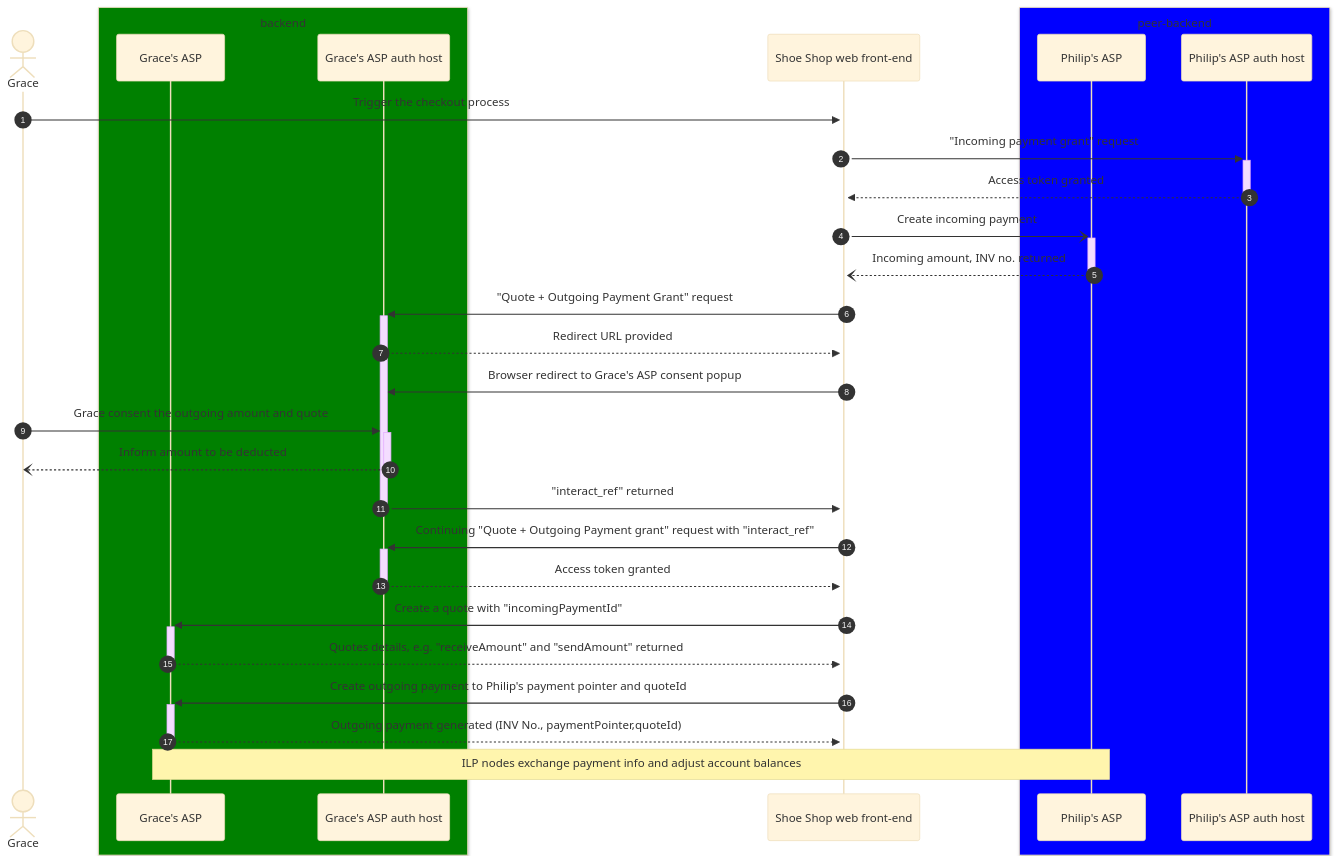
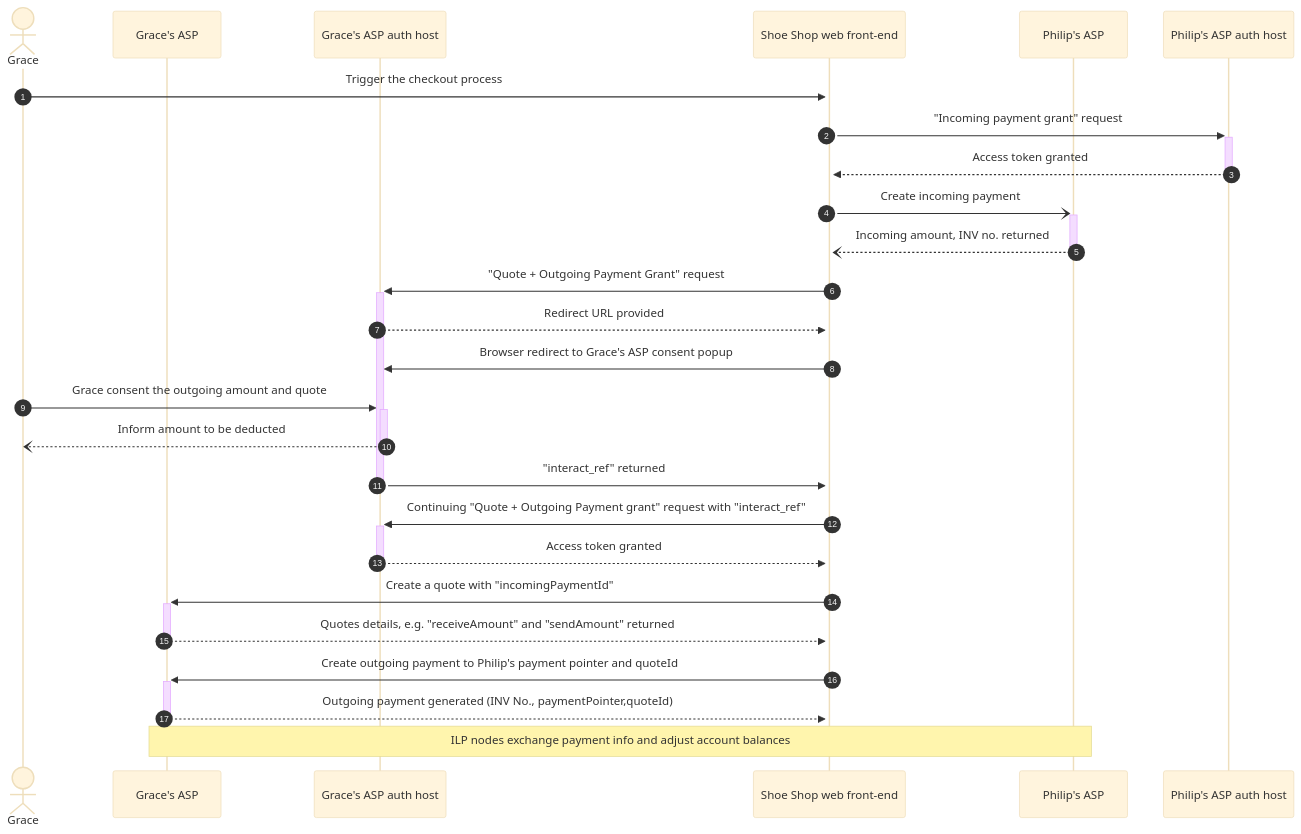
The diagram in rafiki-divao-demo/demo-playbook.md (anguschiu1/interledger-divao), drawn with Mermaid (base theme) before and after one commit.

Commit message:
remove unsupported box syntax

````diff
--- a/rafiki-divao-demo/demo-playbook.md
+++ b/rafiki-divao-demo/demo-playbook.md
@@ -30,35 +30,31 @@
 ```mermaid
 sequenceDiagram
 autonumber
 Actor Gr as Grace
-box Green backend
 participant B as Grace's ASP
 participant BA as Grace's ASP auth host
-end
 participant WWW as Shoe Shop web front-end
-box Blue peer-backend
 participant P as Philip's ASP
 participant PA as Philip's ASP auth host
-end
 Gr->>+WWW: Trigger the checkout process
 WWW->>+PA: "Incoming payment grant" request
 PA-->>-WWW: Access token granted
 WWW-)+P: Create incoming payment
 P--)-WWW: Incoming amount, INV no. returned
 WWW->>+BA: "Quote + Outgoing Payment Grant" request
 BA-->>WWW: Redirect URL provided
 WWW->>BA: Browser redirect to Grace's ASP consent popup
 Gr->>+BA: Grace consent the outgoing amount and quote
 BA--)-Gr: Inform amount to be deducted
 BA->>-WWW: "interact_ref" returned
 WWW->>+BA: Continuing "Quote + Outgoing Payment grant" request with "interact_ref"
 BA-->>-WWW: Access token granted
 WWW->>+B: Create a quote with "incomingPaymentId"
 B-->>-WWW: Quotes details, e.g. "receiveAmount" and "sendAmount" returned
 WWW->>+B: Create outgoing payment to Philip's payment pointer and quoteId
 B-->>-WWW: Outgoing payment generated (INV No., paymentPointer,quoteId)
 Note over B, P: ILP nodes exchange payment info and adjust account balances
 
 
 
 ```
````
